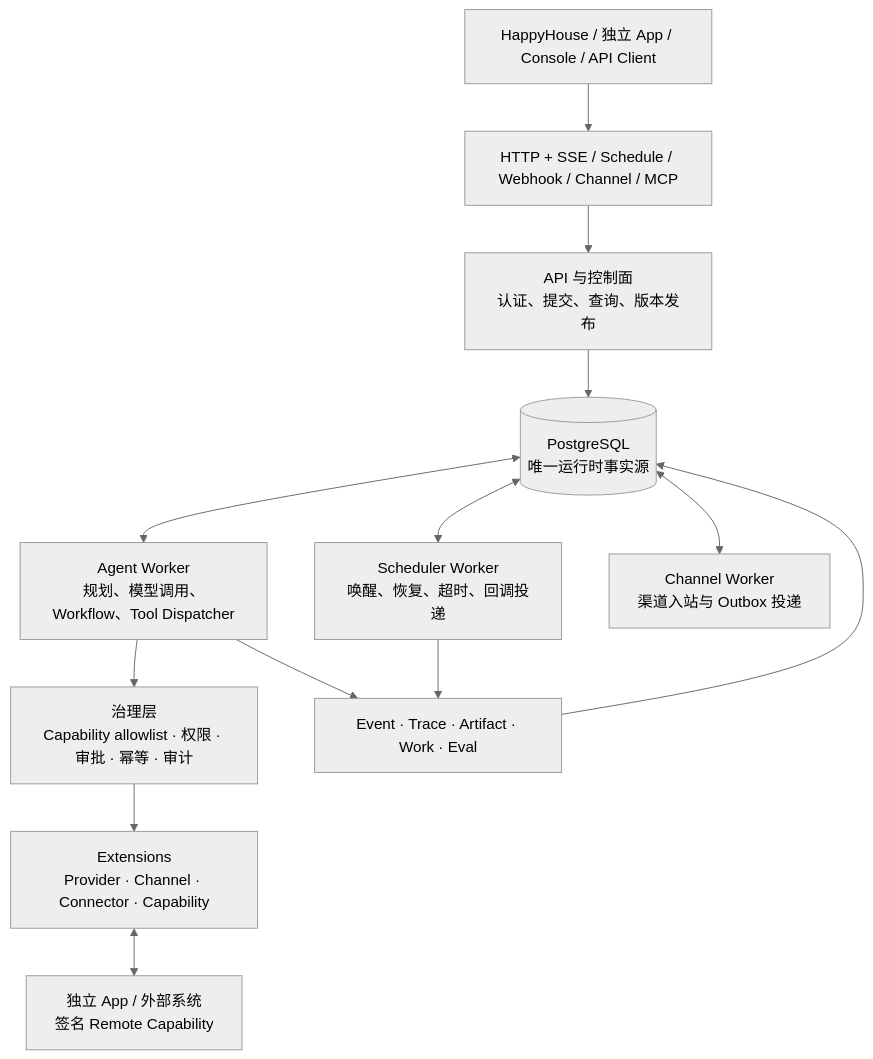
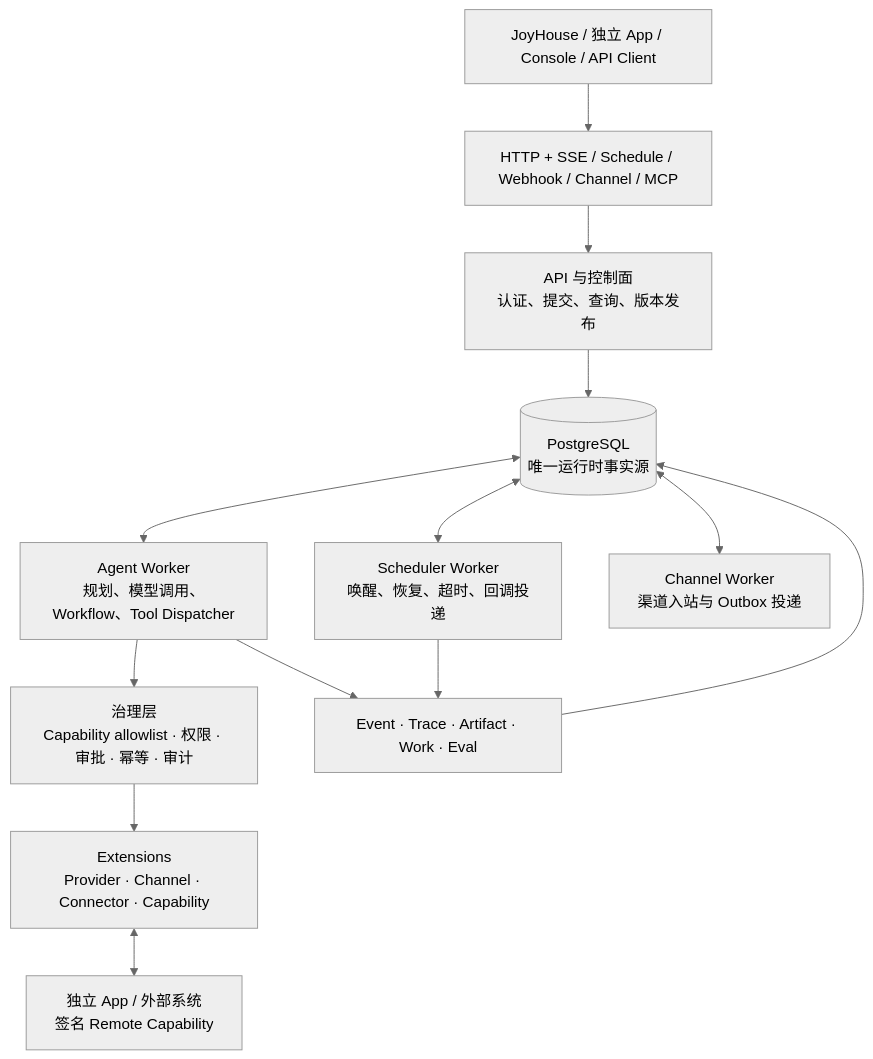
The diagram in README.md (JoyHouseLabs/joyhousebot), drawn with Mermaid (neutral theme) before and after one commit. The commit also changed other lines of this file and 1581 other files, not shown here.

````diff
--- a/README.md
+++ b/README.md
@@ -43,24 +43,24 @@
 ```mermaid
 flowchart TB
-    CLIENTS[HappyHouse / 独立 App / Console / API Client]
+    CLIENTS[JoyHouse / 独立 App / Console / API Client]
     ENTRY[HTTP + SSE / Schedule / Webhook / Channel / MCP]
     API[API 与控制面\n认证、提交、查询、版本发布]
     PG[(PostgreSQL\n唯一运行时事实源)]
     AGENT[Agent Worker\n规划、模型调用、Workflow、Tool Dispatcher]
     SCHEDULER[Scheduler Worker\n唤醒、恢复、超时、回调投递]
     CHANNEL[Channel Worker\n渠道入站与 Outbox 投递]
     GOVERN[治理层\nCapability allowlist · 权限 · 审批 · 幂等 · 审计]
     EXT[Extensions\nProvider · Channel · Connector · Capability]
     APP[独立 App / 外部系统\n签名 Remote Capability]
     OUTPUT[Event · Trace · Artifact · Work · Eval]
 
     CLIENTS --> ENTRY --> API --> PG
     PG <--> AGENT
     PG <--> SCHEDULER
     PG <--> CHANNEL
     AGENT --> GOVERN --> EXT
     EXT <--> APP
     AGENT --> OUTPUT
     SCHEDULER --> OUTPUT
     OUTPUT --> PG
 ```
````
